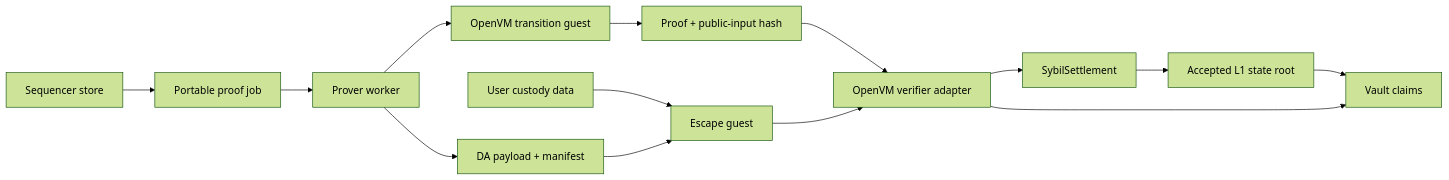
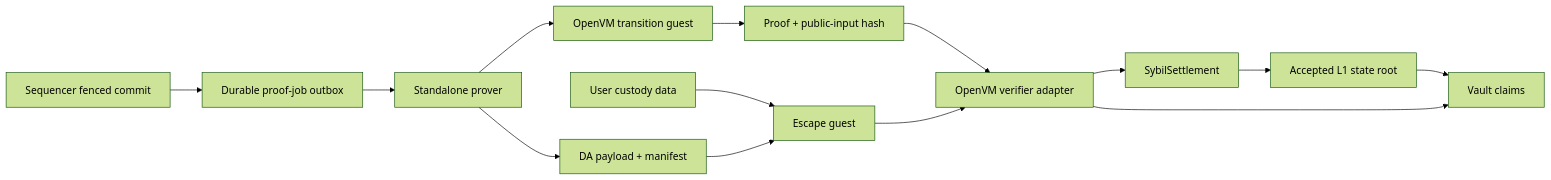
Before and after one commit to MetaB0y/sybil: the diagram in docs/architecture/04-verification/ZK Integration Path.md, drawn with Mermaid (forest theme). The commit also changed other lines of this file and 33 other files, not shown here.

Commit message:
prover: add epoch protocol and durable proof-job outbox

````diff
--- a/docs/architecture/04-verification/ZK Integration Path.md
+++ b/docs/architecture/04-verification/ZK Integration Path.md
@@ -25,17 +25,17 @@
 ```mermaid
 flowchart LR
-    S[Sequencer store] --> J[Portable proof job]
-    J --> P[Prover worker]
+    S[Sequencer fenced commit] --> J[Durable proof-job outbox]
+    J --> P[Standalone prover]
     P --> D[DA payload + manifest]
     P --> G[OpenVM transition guest]
     G --> R[Proof + public-input hash]
     R --> A[OpenVM verifier adapter]
     A --> L[SybilSettlement]
     L --> V[Accepted L1 state root]
     V --> C[Vault claims]
 
     U[User custody data] --> E[Escape guest]
     D --> E
     E --> A
     A --> C
 ```
````
